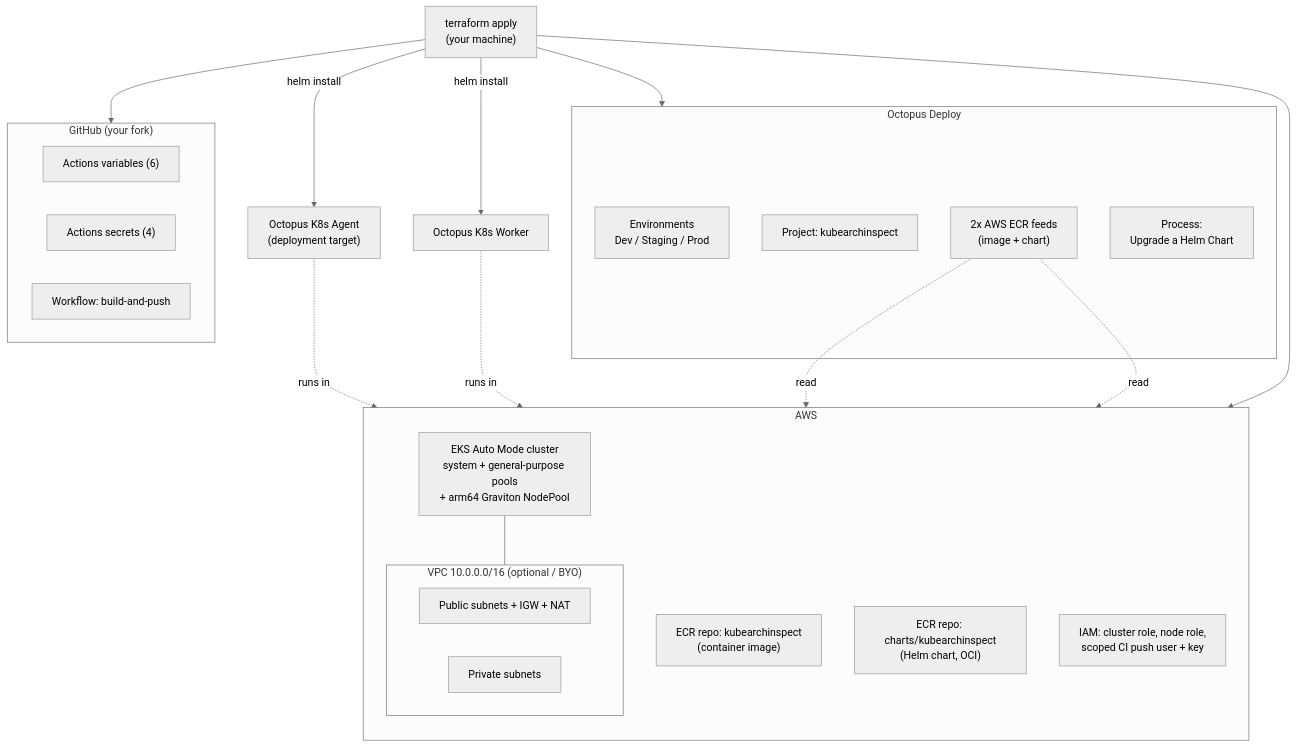
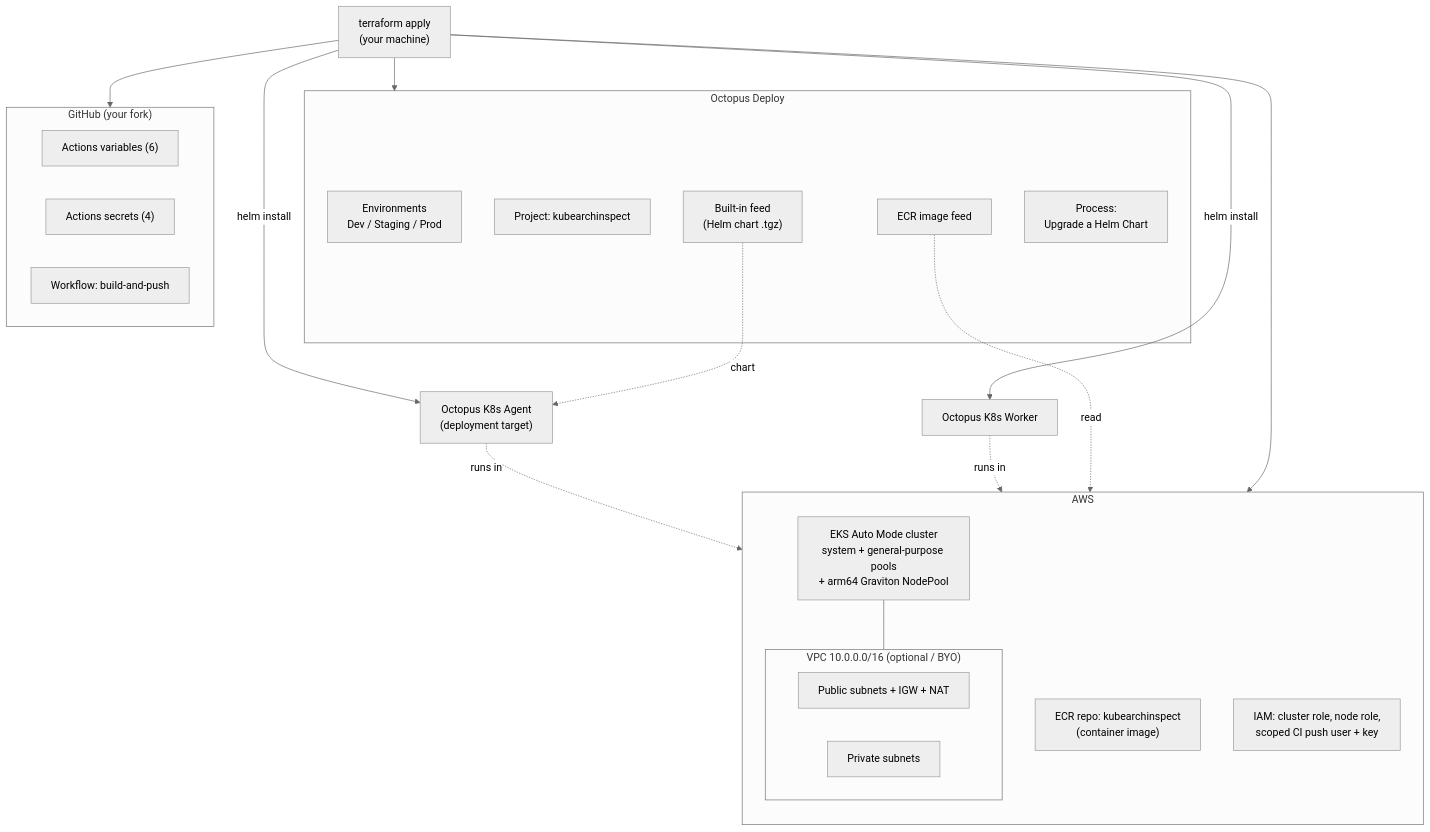
Before and after one commit to salesdemocf/arm-coding-exercise: the first of 2 diagrams in README.md, drawn with Mermaid (neutral theme). The commit also changed other lines of this file and 7 other files, not shown here.

Commit message:
need to move to built-in helm repo

````diff
--- a/README.md
+++ b/README.md
@@ -81,43 +82,43 @@
 ```mermaid
 flowchart TB
     TF["terraform apply<br/>(your machine)"]
 
     subgraph AWS
       direction TB
       subgraph VPC["VPC 10.0.0.0/16 (optional / BYO)"]
         PUB["Public subnets + IGW + NAT"]
         PRIV["Private subnets"]
       end
       EKS["EKS Auto Mode cluster<br/>system + general-purpose pools<br/>+ arm64 Graviton NodePool"]
       ECRI["ECR repo: kubearchinspect<br/>(container image)"]
-      ECRC["ECR repo: charts/kubearchinspect<br/>(Helm chart, OCI)"]
       IAM["IAM: cluster role, node role,<br/>scoped CI push user + key"]
     end
 
     subgraph Octopus["Octopus Deploy"]
       ENVS["Environments<br/>Dev / Staging / Prod"]
       PROJ["Project: kubearchinspect"]
-      FEEDS["2x AWS ECR feeds<br/>(image + chart)"]
+      FEEDS["ECR image feed"]
+      BUILTIN["Built-in feed<br/>(Helm chart .tgz)"]
       PROC["Process:<br/>Upgrade a Helm Chart"]
     end
 
     subgraph GitHub["GitHub (your fork)"]
       VARS["Actions variables (6)"]
       SECR["Actions secrets (4)"]
       WF["Workflow: build-and-push"]
     end
 
     AGENT["Octopus K8s Agent<br/>(deployment target)"]
     WORKER["Octopus K8s Worker"]
 
     TF --> AWS
     TF --> Octopus
     TF --> GitHub
     TF -->|helm install| AGENT
     TF -->|helm install| WORKER
     AGENT -. runs in .-> EKS
     WORKER -. runs in .-> EKS
     FEEDS -. read .-> ECRI
-    FEEDS -. read .-> ECRC
+    BUILTIN -. chart .-> AGENT
     EKS --- VPC
 ```
````
